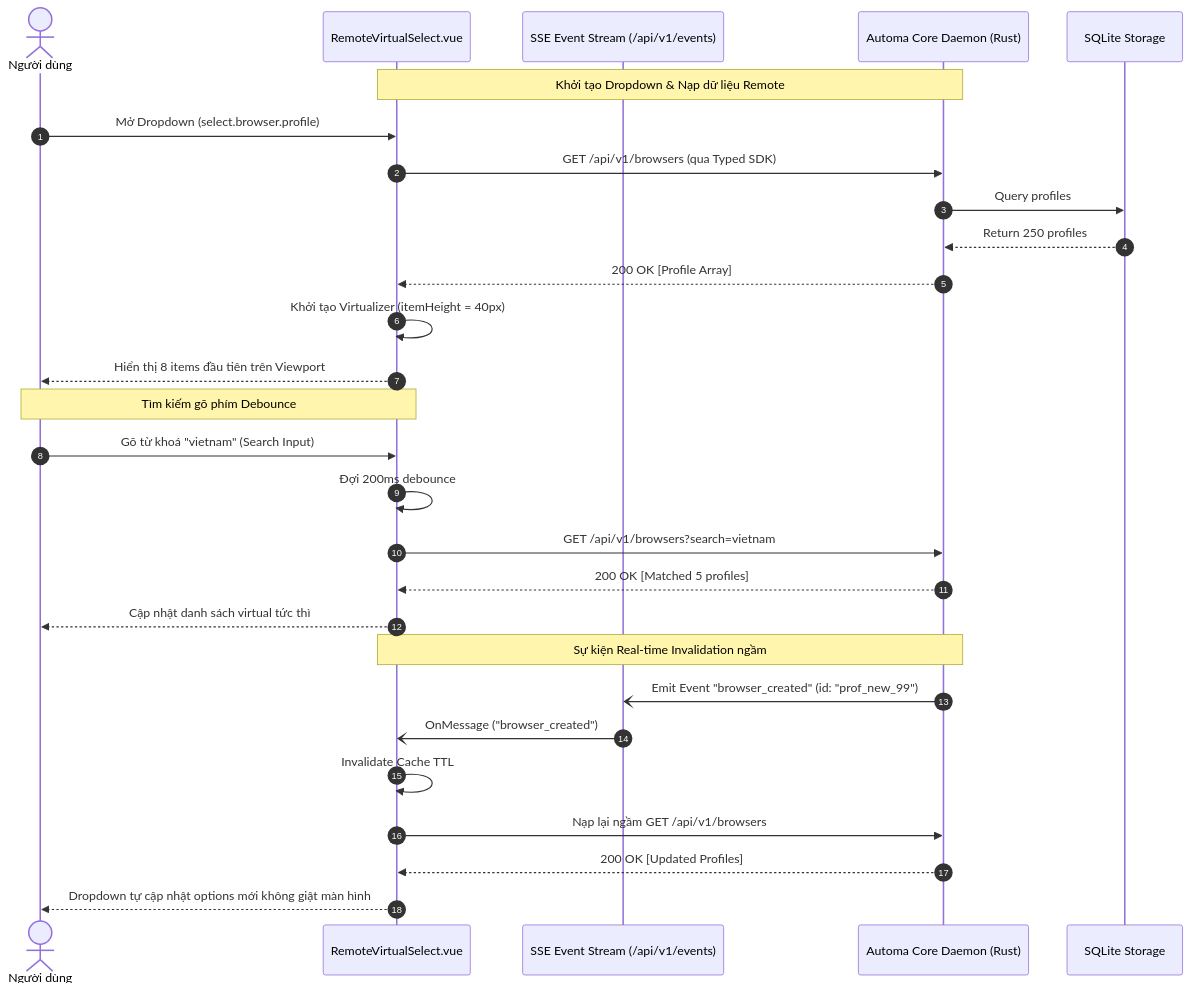
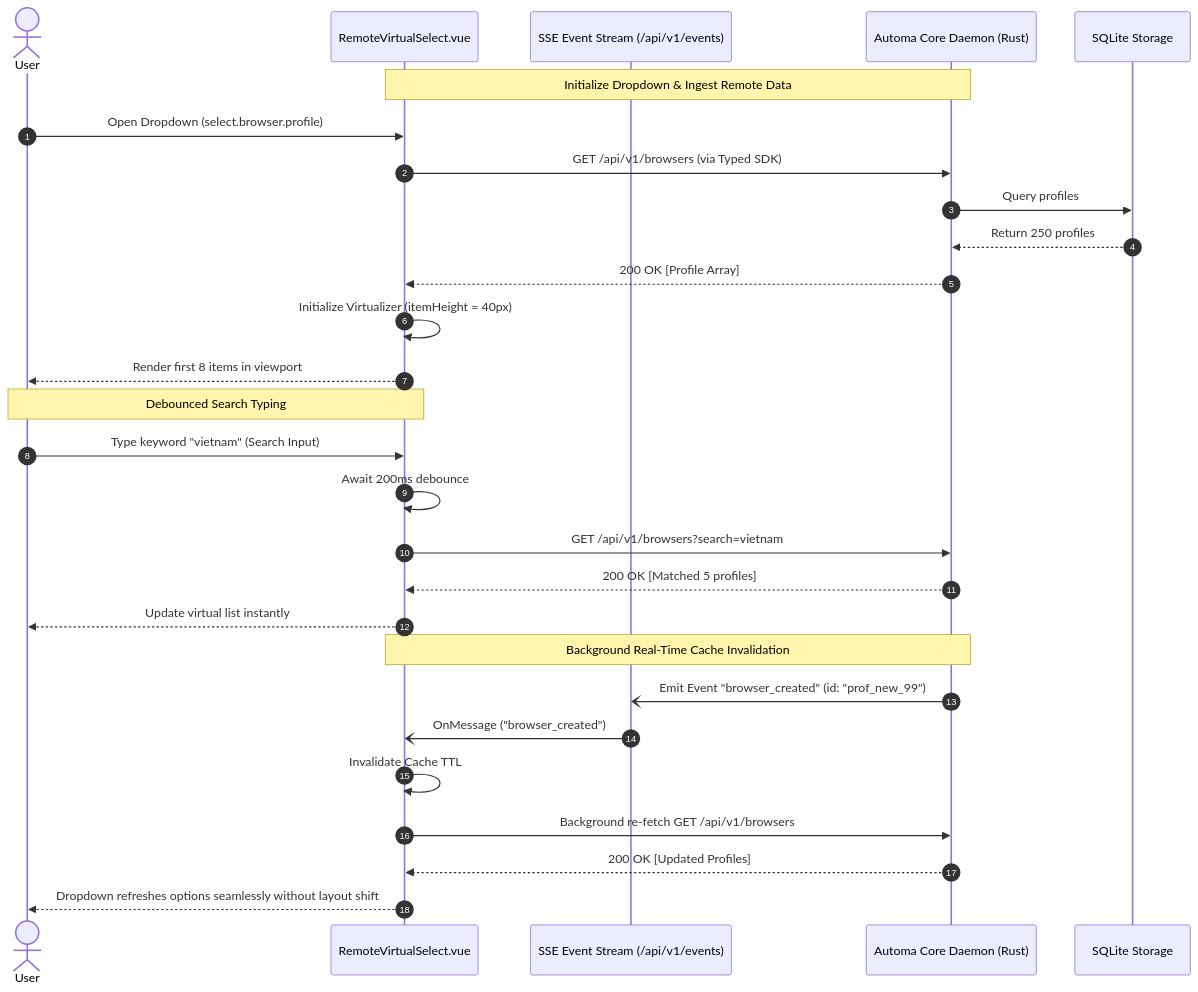
The third of 4 diagrams in docs/srs/SRS_HORIZONTAL_SELECTS.md (tuquet/automa), drawn with Mermaid before and after one commit. The commit also changed other lines of this file and 26 other files, not shown here.

````diff
--- a/docs/srs/SRS_HORIZONTAL_SELECTS.md
+++ b/docs/srs/SRS_HORIZONTAL_SELECTS.md
@@ -94,33 +94,33 @@
 ```mermaid
 sequenceDiagram
     autonumber
-    actor User as Người dùng
+    actor User as User
     participant UI as RemoteVirtualSelect.vue
     participant SSE as SSE Event Stream (/api/v1/events)
     participant Core as Automa Core Daemon (Rust)
     participant DB as SQLite Storage
 
-    Note over UI,Core: Khởi tạo Dropdown & Nạp dữ liệu Remote
-    User->>UI: Mở Dropdown (select.browser.profile)
-    UI->>Core: GET /api/v1/browsers (qua Typed SDK)
+    Note over UI,Core: Initialize Dropdown & Ingest Remote Data
+    User->>UI: Open Dropdown (select.browser.profile)
+    UI->>Core: GET /api/v1/browsers (via Typed SDK)
     Core->>DB: Query profiles
     DB-->>Core: Return 250 profiles
     Core-->>UI: 200 OK [Profile Array]
-    UI->>UI: Khởi tạo Virtualizer (itemHeight = 40px)
-    UI-->>User: Hiển thị 8 items đầu tiên trên Viewport
+    UI->>UI: Initialize Virtualizer (itemHeight = 40px)
+    UI-->>User: Render first 8 items in viewport
 
-    Note over User,UI: Tìm kiếm gõ phím Debounce
-    User->>UI: Gõ từ khoá "vietnam" (Search Input)
-    UI->>UI: Đợi 200ms debounce
+    Note over User,UI: Debounced Search Typing
+    User->>UI: Type keyword "vietnam" (Search Input)
+    UI->>UI: Await 200ms debounce
     UI->>Core: GET /api/v1/browsers?search=vietnam
     Core-->>UI: 200 OK [Matched 5 profiles]
-    UI-->>User: Cập nhật danh sách virtual tức thì
+    UI-->>User: Update virtual list instantly
 
-    Note over Core,UI: Sự kiện Real-time Invalidation ngầm
+    Note over Core,UI: Background Real-Time Cache Invalidation
     Core-)SSE: Emit Event "browser_created" (id: "prof_new_99")
     SSE-)UI: OnMessage ("browser_created")
     UI->>UI: Invalidate Cache TTL
-    UI->>Core: Nạp lại ngầm GET /api/v1/browsers
+    UI->>Core: Background re-fetch GET /api/v1/browsers
     Core-->>UI: 200 OK [Updated Profiles]
-    UI-->>User: Dropdown tự cập nhật options mới không giật màn hình
+    UI-->>User: Dropdown refreshes options seamlessly without layout shift
 ```
````
